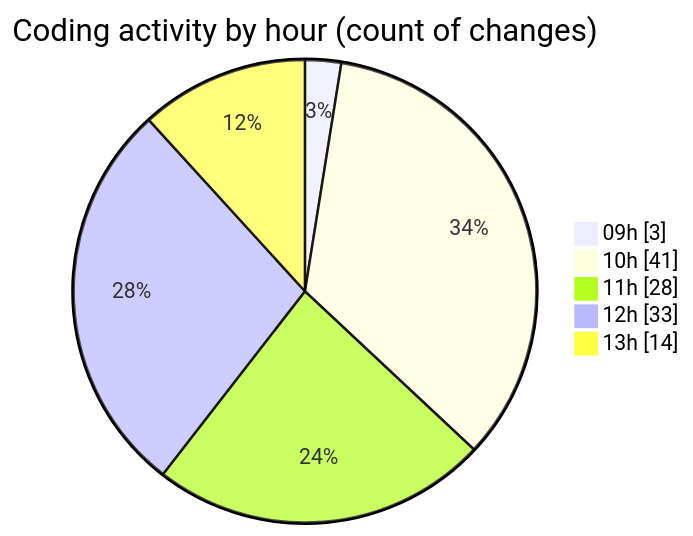
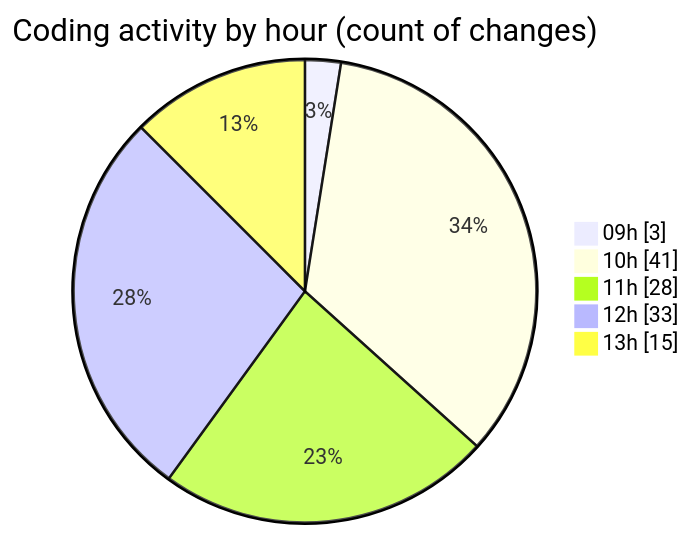
One commit to CELIANVF/code-tracking changed the second of 2 diagrams in 2025-05-19/ecodeli-1/README.md. Above: the diagram before and after it, drawn with Mermaid. The commit also changed other lines of this file and 1 other file, not shown here.

````diff
--- a/2025-05-19/ecodeli-1/README.md
+++ b/2025-05-19/ecodeli-1/README.md
@@ -64,9 +64,9 @@
 ```mermaid
 pie showData
 title Coding activity by hour (count of changes)
 "09h" : 3
 "10h" : 41
 "11h" : 28
 "12h" : 33
-"13h" : 14
+"13h" : 15
 ```
````
